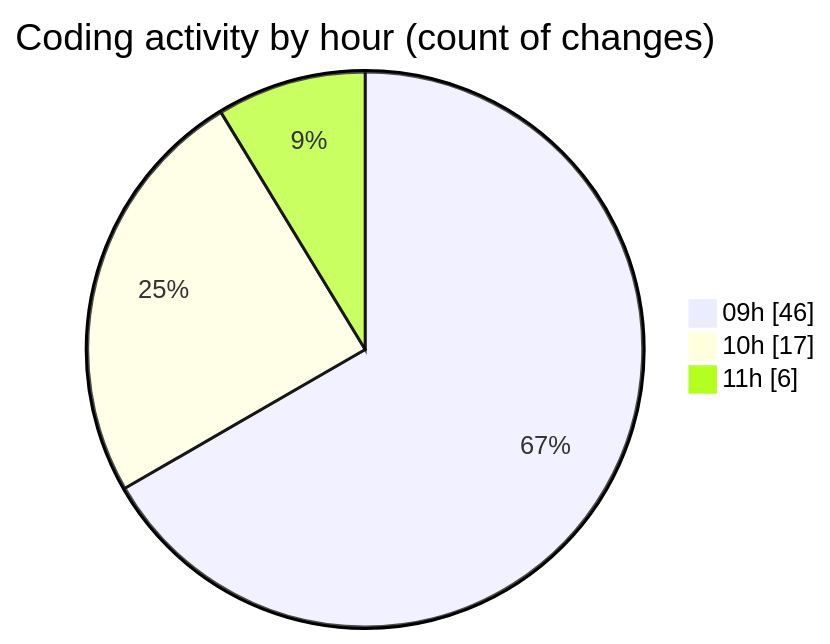
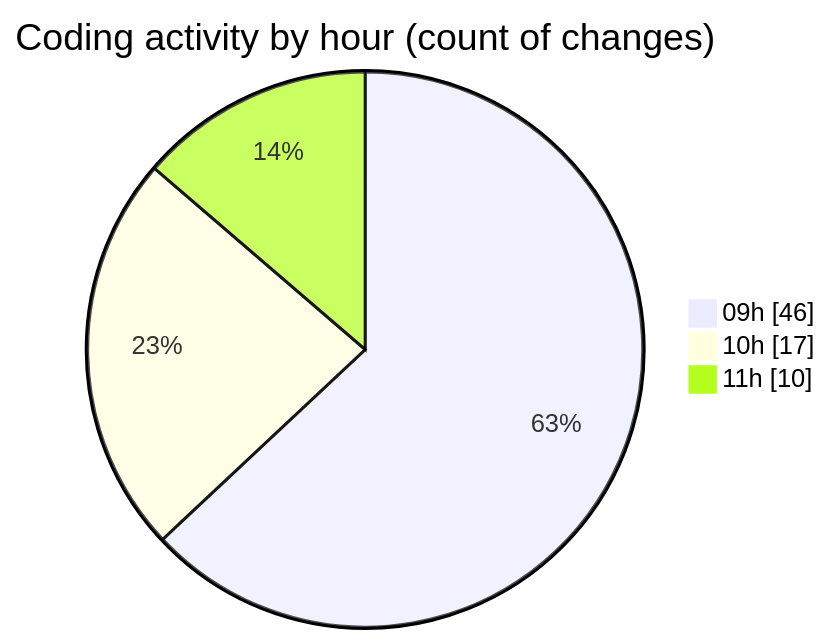
One commit to momahboobian/code-tracking changed the second of 2 diagrams in 2025-03-25/cda/README.md. Above: the diagram before and after it, drawn with Mermaid. The commit also changed other lines of this file and 1 other file, not shown here.

````diff
--- a/2025-03-25/cda/README.md
+++ b/2025-03-25/cda/README.md
@@ -49,7 +49,7 @@
 ```mermaid
 pie showData
 title Coding activity by hour (count of changes)
 "09h" : 46
 "10h" : 17
-"11h" : 6
+"11h" : 10
 ```
````
